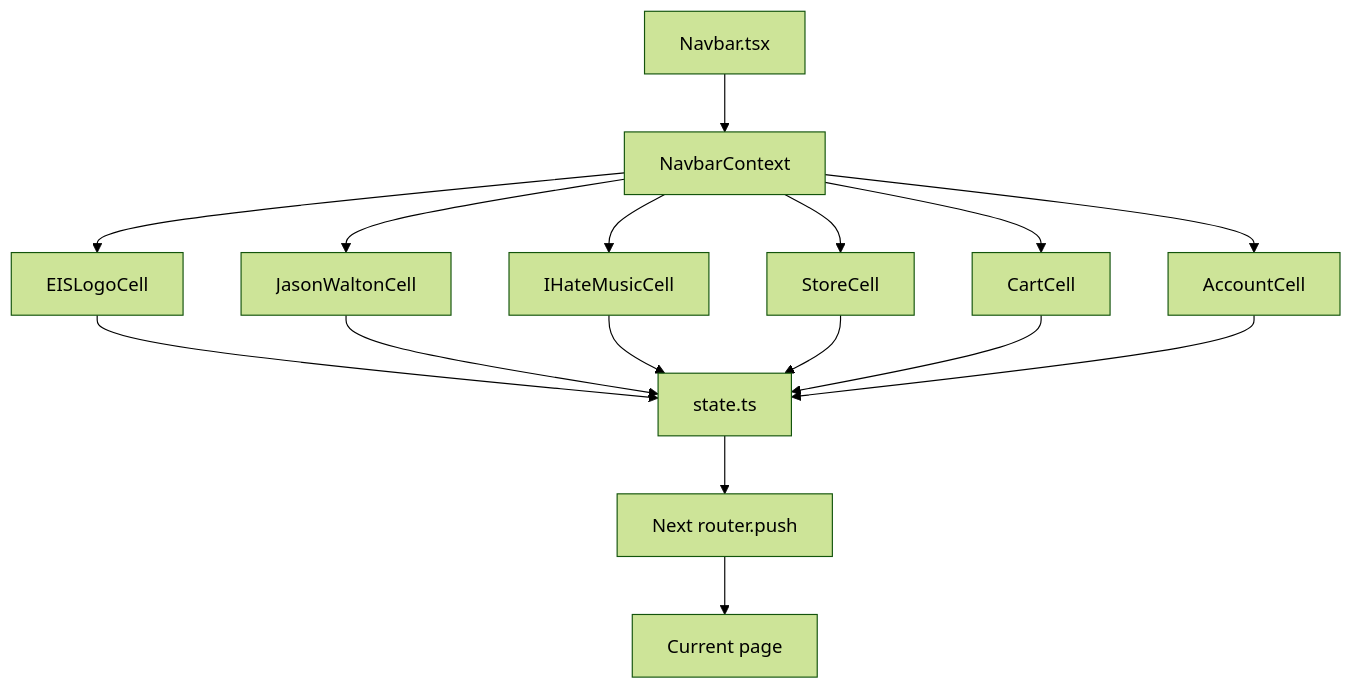
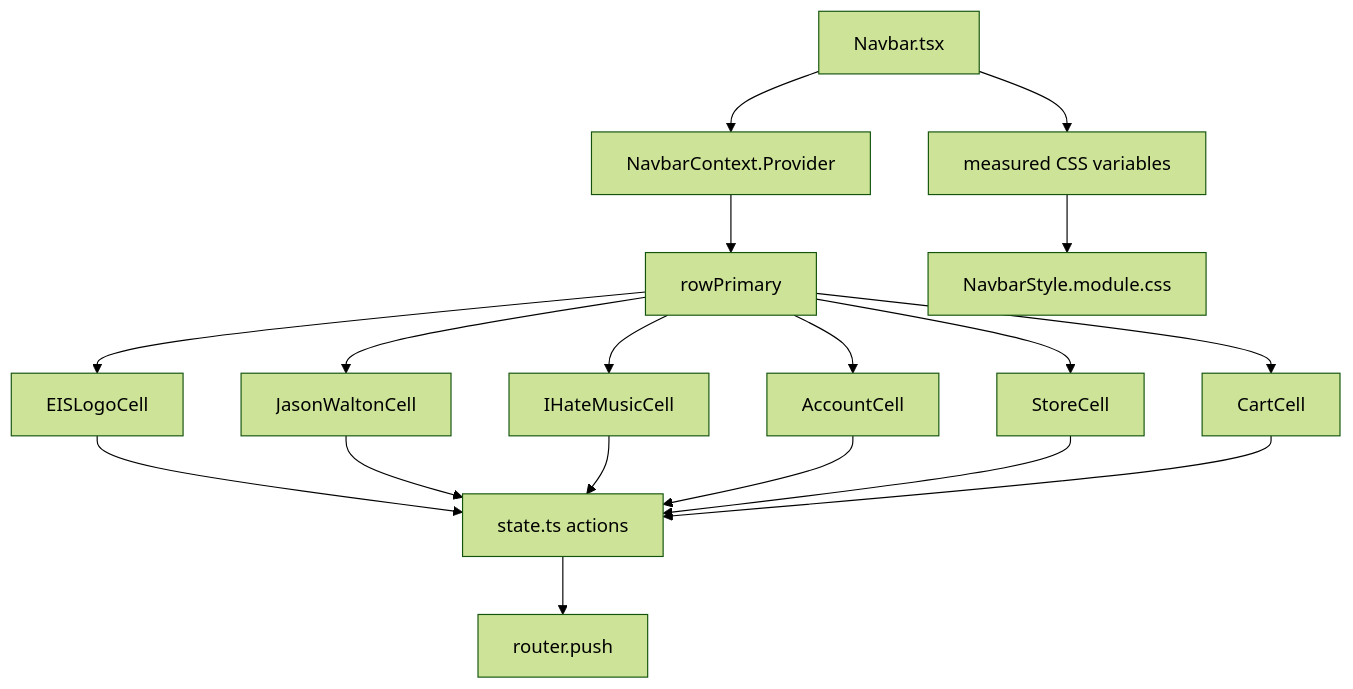
One commit to bucketb0t/Earth_In_Sound changed the third of 12 diagrams in PROJECT_LEARNING_FLOW.md. Above: the diagram before and after it, drawn with Mermaid (forest theme). The commit also changed other lines of this file, not shown here.

````diff
--- a/PROJECT_LEARNING_FLOW.md
+++ b/PROJECT_LEARNING_FLOW.md
@@ -81,20 +177,22 @@
 ```mermaid
 flowchart TD
-  Navbar["Navbar.tsx"] --> Context["NavbarContext"]
-  Context --> EIS["EISLogoCell"]
-  Context --> JWW["JasonWaltonCell"]
-  Context --> IHM["IHateMusicCell"]
-  Context --> AccountCell["AccountCell"]
-  Context --> StoreCell["StoreCell"]
-  Context --> CartCell["CartCell"]
+  Navbar["Navbar.tsx"] --> Provider["NavbarContext.Provider"]
+  Provider --> Row["rowPrimary"]
+  Row --> EIS["EISLogoCell"]
+  Row --> JWW["JasonWaltonCell"]
+  Row --> IHM["IHateMusicCell"]
+  Row --> Account["AccountCell"]
+  Row --> Store["StoreCell"]
+  Row --> Cart["CartCell"]
 
-  EIS --> State["state.ts"]
+  Navbar --> Geometry["measured CSS variables"]
+  Geometry --> Css["NavbarStyle.module.css"]
+
+  EIS --> State["state.ts actions"]
   JWW --> State
   IHM --> State
-  StoreCell --> State
-  CartCell --> State
-  AccountCell --> State
-
-  State --> Router["Next router.push"]
-  Router --> ActiveRoute["Current page"]
+  Account --> State
+  Store --> State
+  Cart --> State
+  State --> Router["router.push"]
 ```
````
